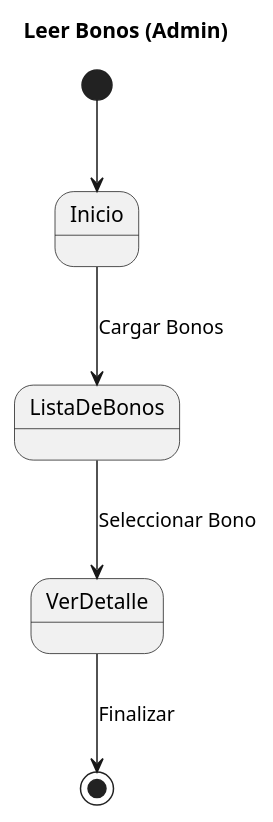
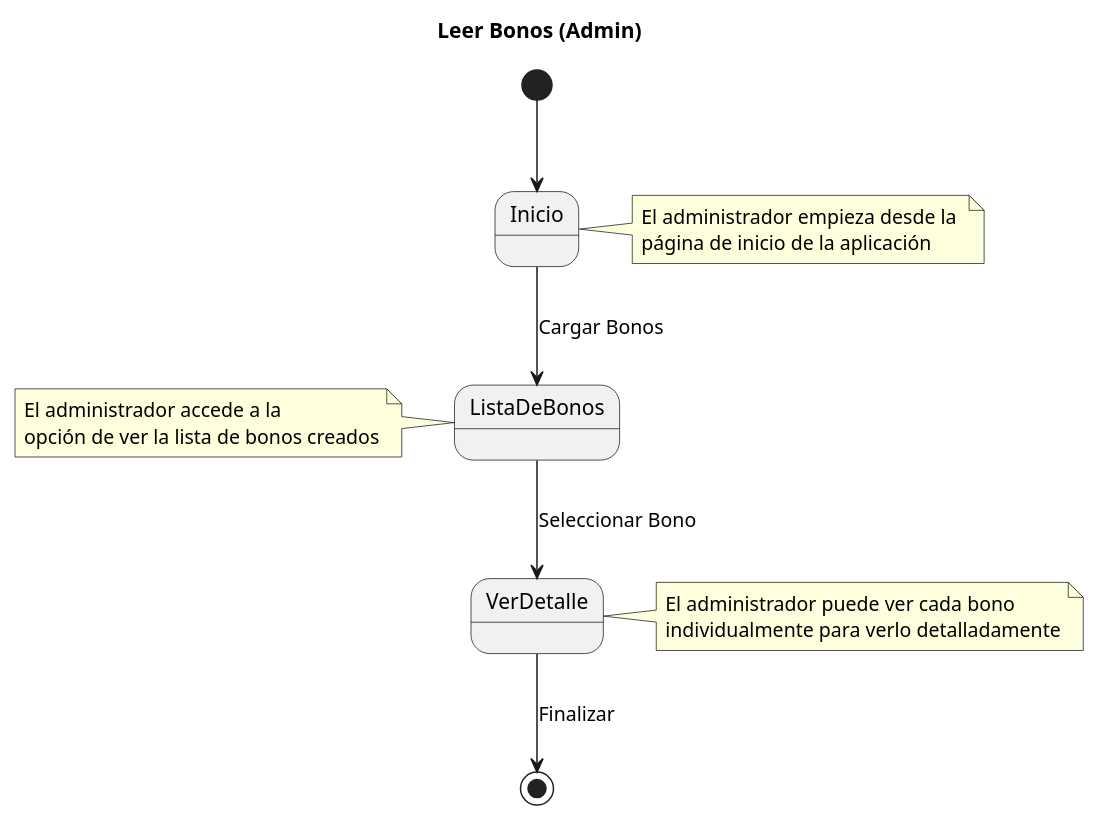
The diagram in CasosDeUso/CduDetallados/CduBonos/LeerBonos.puml (pablarce/23-24-IdSw1-SDR), drawn with PlantUML before and after one commit. The commit also changed 7 other files, not shown here.

```diff
--- a/CasosDeUso/CduDetallados/CduBonos/LeerBonos.puml
+++ b/CasosDeUso/CduDetallados/CduBonos/LeerBonos.puml
@@ -1,9 +1,24 @@
 @startuml
 title Leer Bonos (Admin)
 
 [*] --> Inicio
 Inicio --> ListaDeBonos : Cargar Bonos
+note right of Inicio
+El administrador empieza desde la 
+página de inicio de la aplicación
+end note
+
 ListaDeBonos --> VerDetalle : Seleccionar Bono
+note left of ListaDeBonos 
+El administrador accede a la 
+opción de ver la lista de bonos creados
+end note
+
+
 VerDetalle --> [*] : Finalizar
+note right of VerDetalle 
+El administrador puede ver cada bono
+individualmente para verlo detalladamente
+end note
 
 @enduml
```
